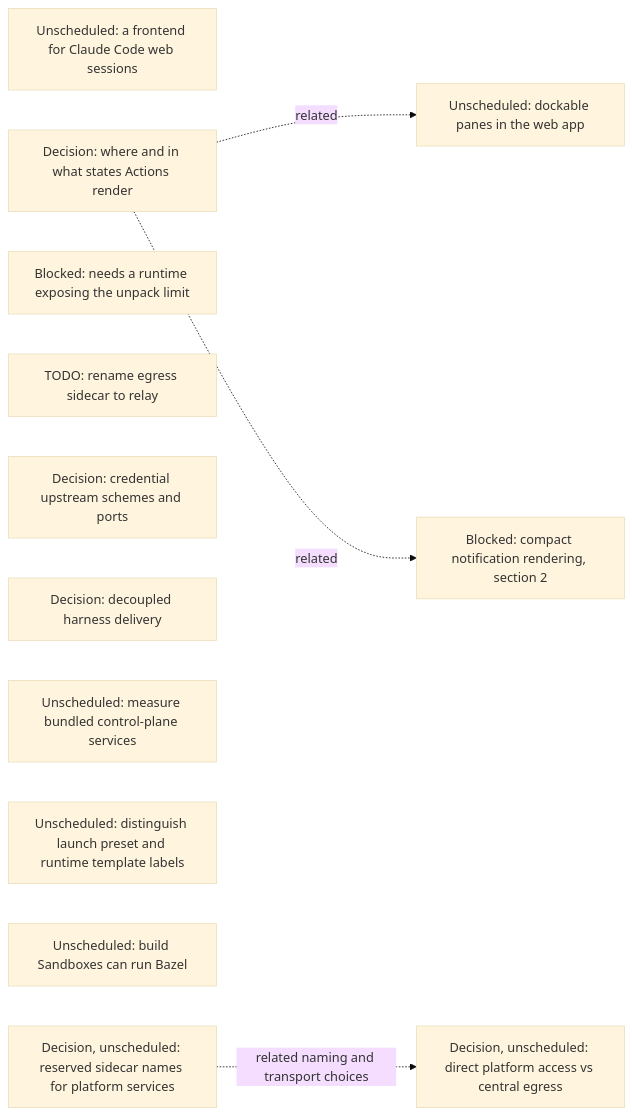
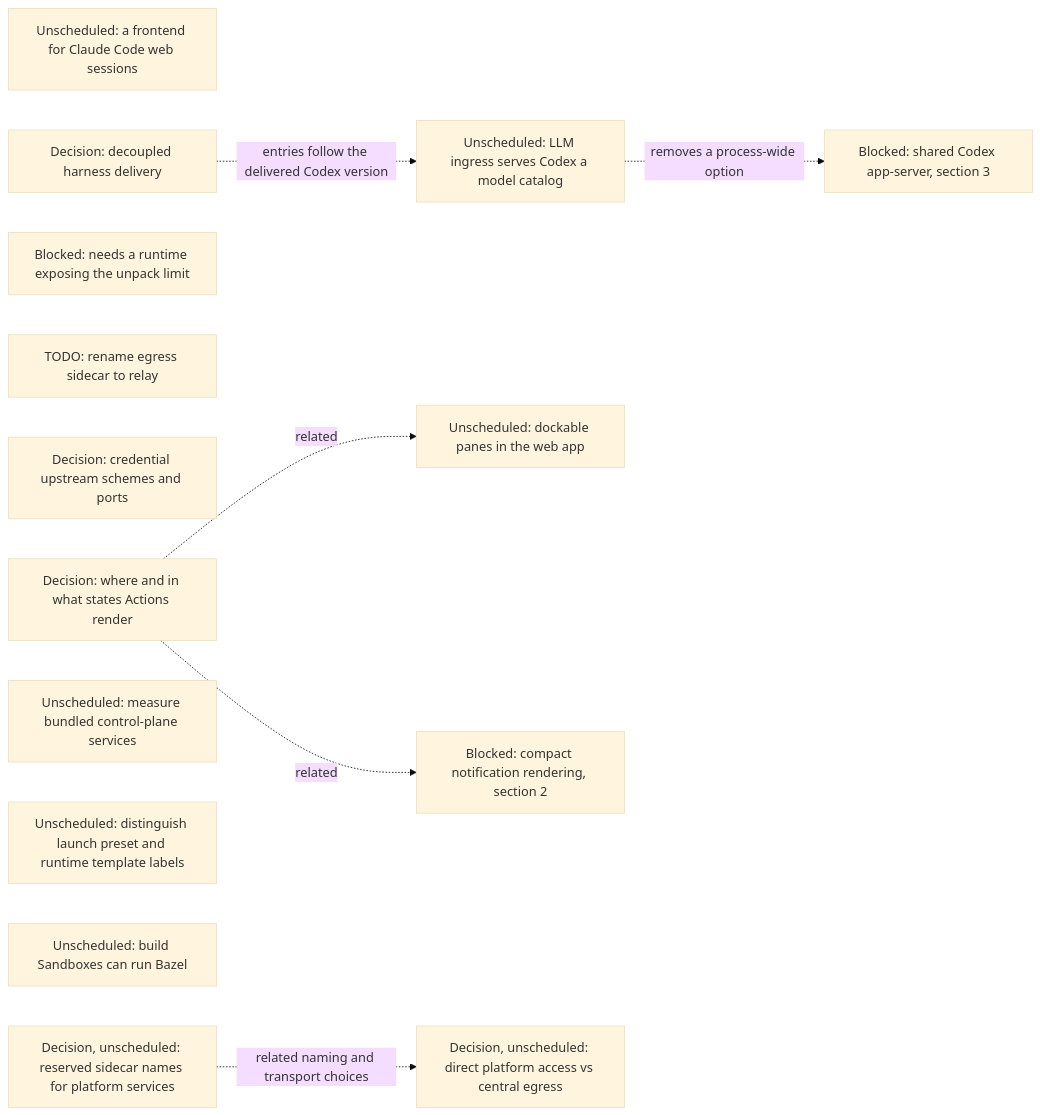
The seventh of 17 diagrams in agentplane/plans/task_dag.md (agentydragon-agent/ducktape), drawn with Mermaid (base theme) before and after one commit. The commit also changed other lines of this file and 1 other file, not shown here.

First line of the commit message:
Add CODEX_MODEL_CATALOG to the task DAG (#11178)

````diff
--- a/agentplane/plans/task_dag.md
+++ b/agentplane/plans/task_dag.md
@@ -844,19 +845,23 @@
 ```mermaid
 flowchart LR
     CLAUDE_CODE_WEB_BRIDGE[Unscheduled: a frontend for Claude Code web sessions]
     ACTION_SURFACES_DESIGN[Decision: where and in what states Actions render]
     K3S_IMPORT_CONCURRENCY[Blocked: needs a runtime exposing the unpack limit]
     EGRESS_RELAY_RENAME[TODO: rename egress sidecar to relay]
     EGRESS_CREDENTIAL_TRANSPORT_DESIGN[Decision: credential upstream schemes and ports]
     RUNNER_HARNESS_DELIVERY_DESIGN[Decision: decoupled harness delivery]
+    CODEX_MODEL_CATALOG[Unscheduled: LLM ingress serves Codex a model catalog]
+    RUNNER_CODEX_SHARED_PROCESS[Blocked: shared Codex app-server, section 3]
+    CODEX_MODEL_CATALOG -. removes a process-wide option .-> RUNNER_CODEX_SHARED_PROCESS
+    RUNNER_HARNESS_DELIVERY_DESIGN -. entries follow the delivered Codex version .-> CODEX_MODEL_CATALOG
     K3S_BUNDLED_SERVICES_SPIKE[Unscheduled: measure bundled control-plane services]
     DOCKABLE_PANES[Unscheduled: dockable panes in the web app]
     ACTION_SURFACES_DESIGN -. related .-> DOCKABLE_PANES
     NOTIFICATION_PRESENTATION[Blocked: compact notification rendering, section 2]
     ACTION_SURFACES_DESIGN -. related .-> NOTIFICATION_PRESENTATION
     SANDBOX_FORM_TERMINOLOGY[Unscheduled: distinguish launch preset and runtime template labels]
     BUILD_BOX_BAZEL[Unscheduled: build Sandboxes can run Bazel]
     PLATFORM_SERVICE_NAMES_DESIGN[Decision, unscheduled: reserved sidecar names for platform services]
     PLATFORM_SERVICE_ROUTING_DESIGN[Decision, unscheduled: direct platform access vs central egress]
     PLATFORM_SERVICE_NAMES_DESIGN -. related naming and transport choices .-> PLATFORM_SERVICE_ROUTING_DESIGN
 ```
````
